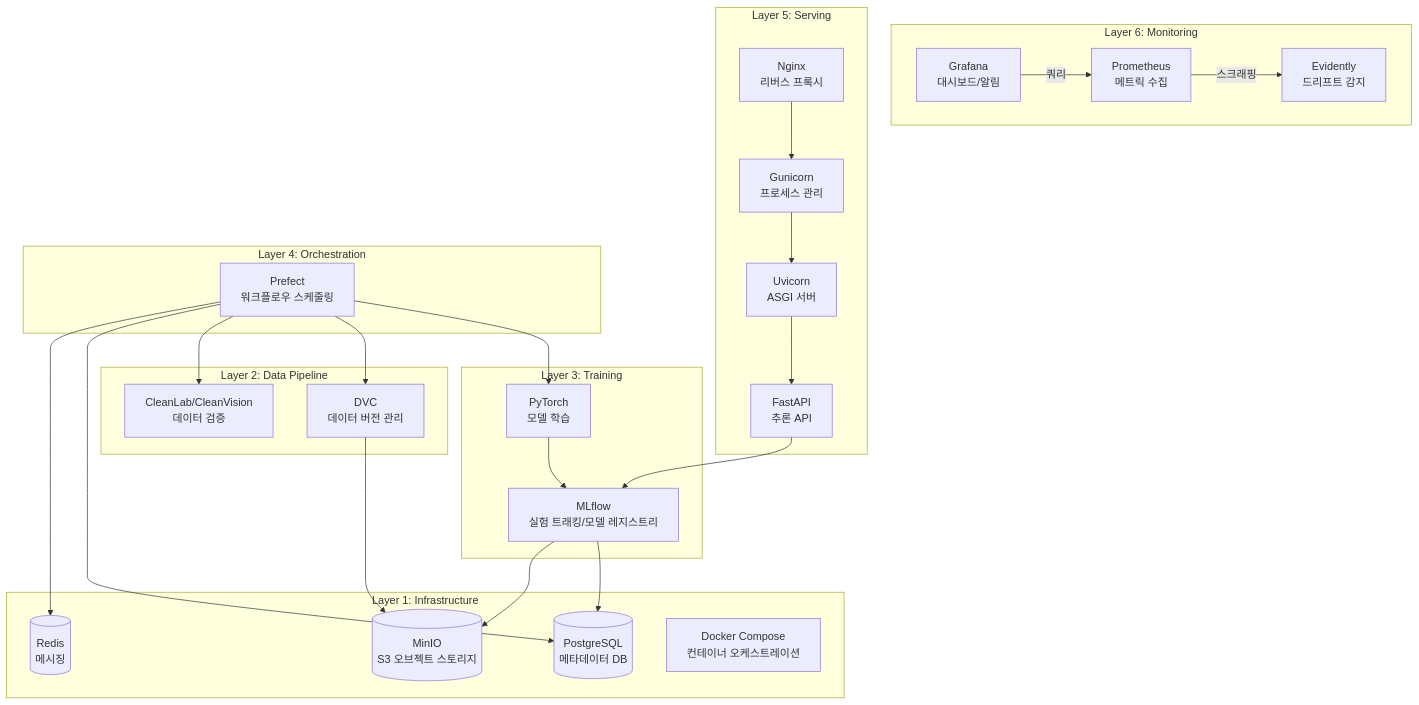
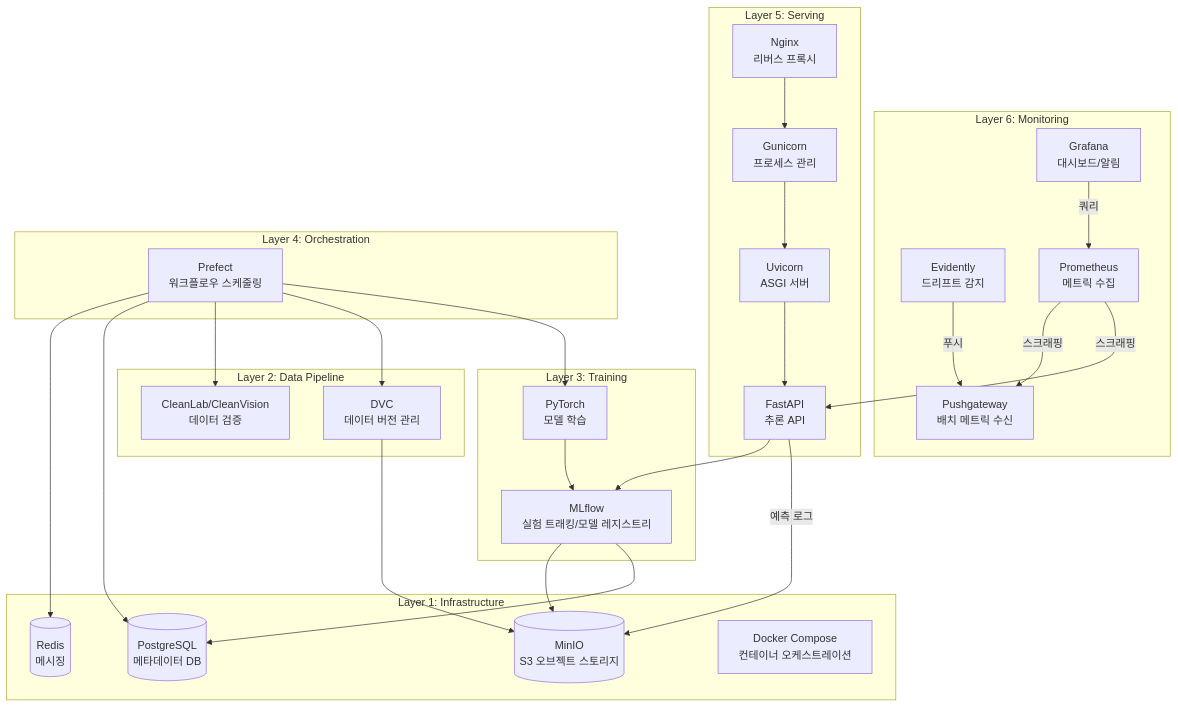
The first of 3 diagrams in docs/architecture.md (Jeongho-K/data-flywheel), drawn with Mermaid before and after one commit. The commit also changed other lines of this file, not shown here.

First line of the commit message:
docs: update architecture.md with complete service map and roadmap (#14)

````diff
--- a/docs/architecture.md
+++ b/docs/architecture.md
@@ -5,50 +5,54 @@
 ```mermaid
 graph TB
     subgraph "Layer 6: Monitoring"
         Evidently[Evidently<br/>드리프트 감지]
+        Pushgateway[Pushgateway<br/>배치 메트릭 수신]
         Prometheus[Prometheus<br/>메트릭 수집]
         Grafana[Grafana<br/>대시보드/알림]
     end
 
     subgraph "Layer 5: Serving"
         Nginx[Nginx<br/>리버스 프록시]
         Gunicorn[Gunicorn<br/>프로세스 관리]
         Uvicorn[Uvicorn<br/>ASGI 서버]
         FastAPI[FastAPI<br/>추론 API]
     end
 
     subgraph "Layer 4: Orchestration"
         Prefect[Prefect<br/>워크플로우 스케줄링]
     end
 
     subgraph "Layer 3: Training"
         PyTorch[PyTorch<br/>모델 학습]
         MLflow[MLflow<br/>실험 트래킹/모델 레지스트리]
     end
 
     subgraph "Layer 2: Data Pipeline"
         DVC[DVC<br/>데이터 버전 관리]
         CleanLab[CleanLab/CleanVision<br/>데이터 검증]
     end
 
     subgraph "Layer 1: Infrastructure"
         PostgreSQL[(PostgreSQL<br/>메타데이터 DB)]
         MinIO[(MinIO<br/>S3 오브젝트 스토리지)]
         Redis[(Redis<br/>메시징)]
         Docker[Docker Compose<br/>컨테이너 오케스트레이션]
     end
 
     Nginx --> Gunicorn --> Uvicorn --> FastAPI
     Prefect --> PyTorch
     Prefect --> DVC
     Prefect --> CleanLab
     PyTorch --> MLflow
     MLflow --> PostgreSQL
     MLflow --> MinIO
     DVC --> MinIO
     Prefect --> PostgreSQL
     Prefect --> Redis
-    Prometheus -->|스크래핑| Evidently
+    Prometheus -->|스크래핑| FastAPI
+    Prometheus -->|스크래핑| Pushgateway
+    Evidently -->|푸시| Pushgateway
+    FastAPI -->|예측 로그| MinIO
     Grafana -->|쿼리| Prometheus
     FastAPI --> MLflow
 ```
````
